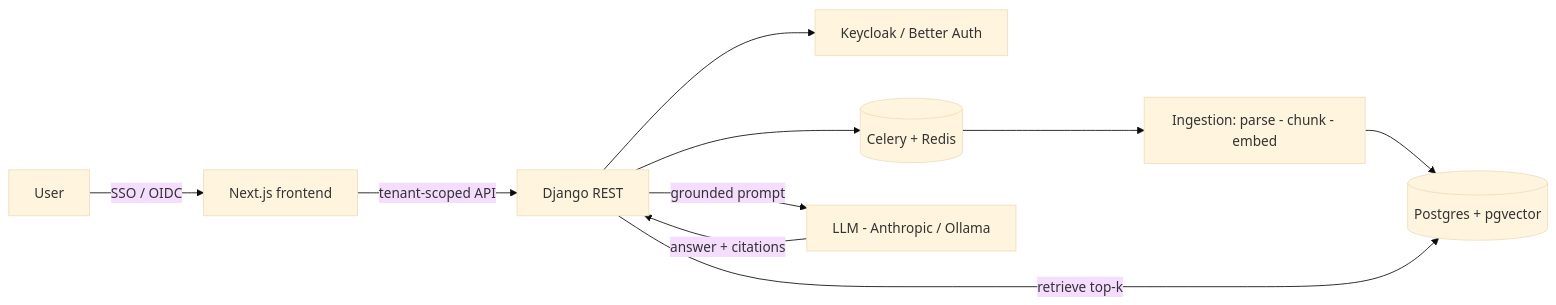
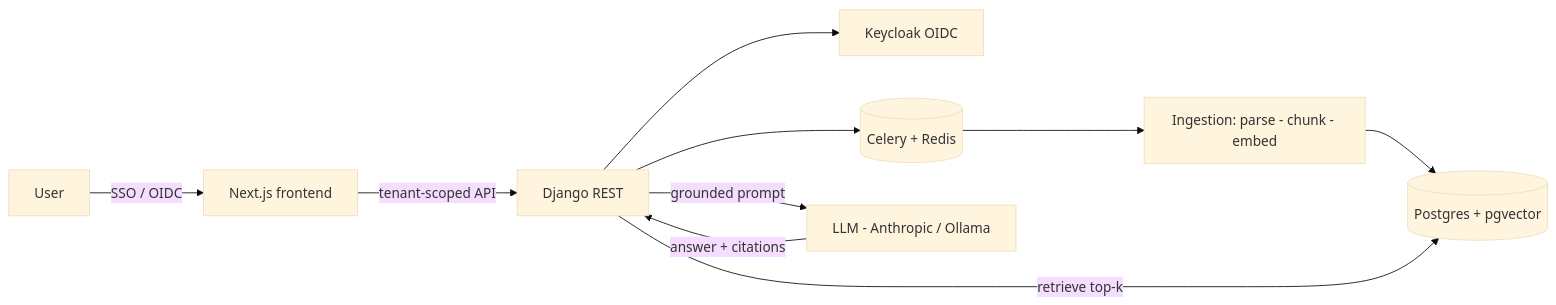
The diagram in README.md (rbalukja15/tenantiq), drawn with Mermaid (base theme) before and after one commit. The commit also changed other lines of this file and 5 other files, not shown here.

````diff
--- a/README.md
+++ b/README.md
@@ -18,12 +29,12 @@
 ```mermaid
 flowchart LR
     U[User] -->|SSO / OIDC| FE[Next.js frontend]
     FE -->|tenant-scoped API| API[Django REST]
-    API --> AUTH[Keycloak / Better Auth]
+    API --> AUTH[Keycloak OIDC]
     API --> Q[(Celery + Redis)]
     Q --> ING[Ingestion: parse - chunk - embed]
     ING --> PG[(Postgres + pgvector)]
     API -->|retrieve top-k| PG
     API -->|grounded prompt| LLM[LLM - Anthropic / Ollama]
     LLM -->|answer + citations| API
 ```
````
